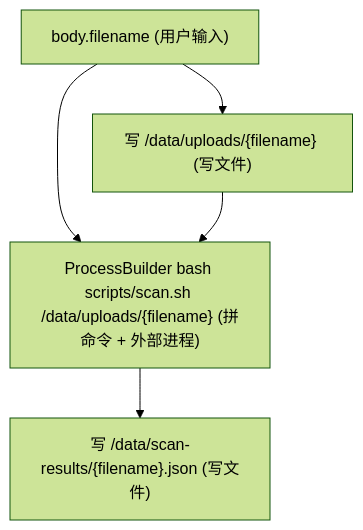
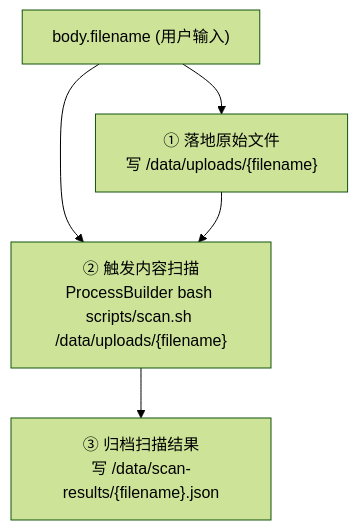
One commit to gcf0082/biz-flow-recon changed the diagram in templates/default.md. Above: the diagram before and after it, drawn with Mermaid (forest theme). The commit also changed other lines of this file and 1 other file, not shown here.

Commit message:
Merge business steps into flowchart node labels
The previous flowchart nodes were pure technical taint sinks ("写
/data/uploads/{filename} (写文件)"); a reader couldn't see the business
arc — upload → scan → archive — without re-reading the prose. Better:
each node carries both a business-step heading and the underlying
technical action, so the diagram itself reads as a business workflow
where dangerous mechanics happen to fall.

default.md /api/files/upload flowchart updated:
- Node ①: 落地原始文件 / 写 /data/uploads/{filename}
- Node ②: 触发内容扫描 / ProcessBuilder bash scripts/scan.sh /data/uploads/{filename}
- Node ③: 归档扫描结果 / 写 /data/scan-results/{filename}.json

The user-input source node and arrow structure stay; control-flow
noise stays excluded; but each step now self-explains its business
purpose alongside its technical mechanic.

SKILL.md form-selection rule for mermaid gains a sub-bullet codifying
this: "业务尽可能融入图内 — 节点标签同时承载业务步骤名 + 具体技术动作".

````diff
--- a/templates/default.md
+++ b/templates/default.md
@@ -26,7 +24,7 @@
 ```mermaid
 flowchart TD
-    IN["body.filename (用户输入)"] --> WRITE["写 /data/uploads/{filename} (写文件)"]
-    IN --> SCAN["ProcessBuilder bash scripts/scan.sh /data/uploads/{filename} (拼命令 + 外部进程)"]
-    WRITE --> SCAN
-    SCAN --> RESULT["写 /data/scan-results/{filename}.json (写文件)"]
+    IN["body.filename (用户输入)"] --> WRITE["① 落地原始文件<br/>写 /data/uploads/{filename}"]
+    IN --> SCAN
+    WRITE --> SCAN["② 触发内容扫描<br/>ProcessBuilder bash scripts/scan.sh /data/uploads/{filename}"]
+    SCAN --> RESULT["③ 归档扫描结果<br/>写 /data/scan-results/{filename}.json"]
 ```
````
